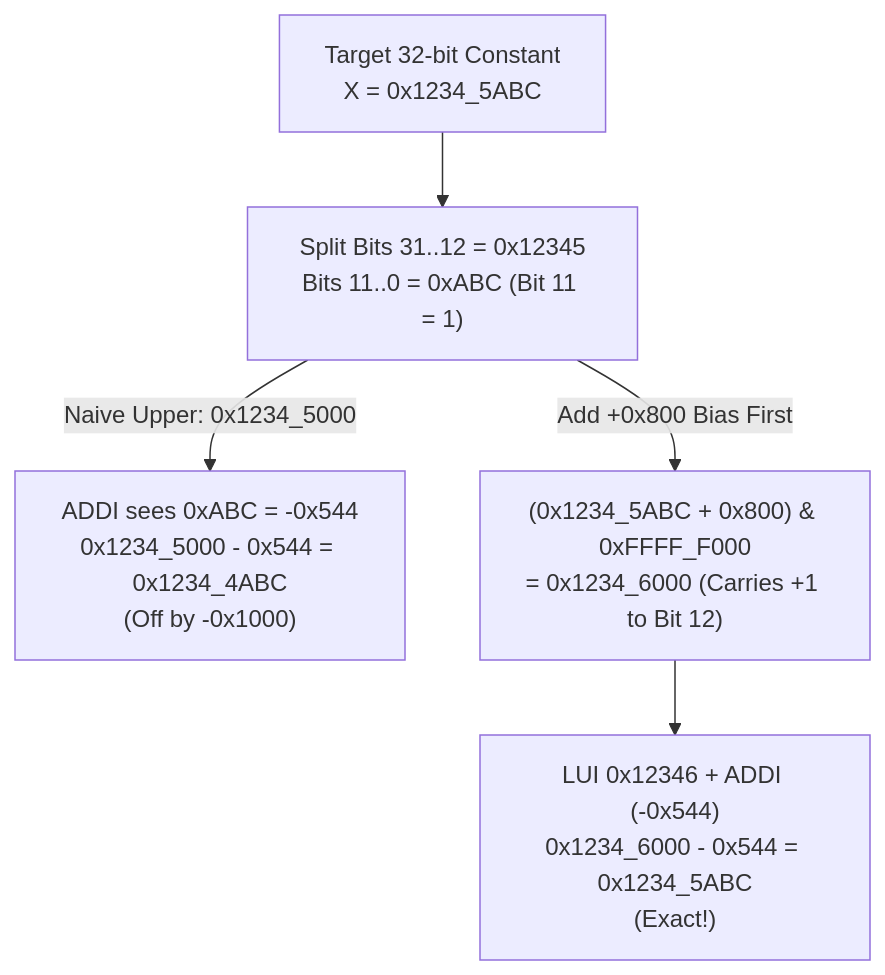
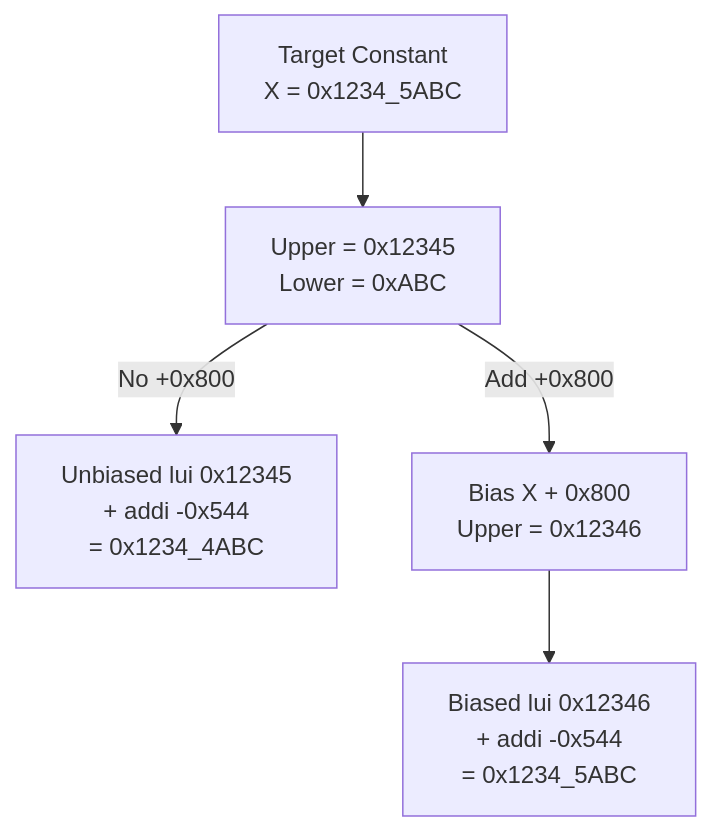
One commit to Ethanex8/apex changed the second of 3 diagrams in systems/brain/chapters/01_isa_and_binary_arithmetic.md. Above: the diagram before and after it, drawn with Mermaid. The commit also changed other lines of this file and 30 other files, not shown here.

````diff
--- a/systems/brain/chapters/01_isa_and_binary_arithmetic.md
+++ b/systems/brain/chapters/01_isa_and_binary_arithmetic.md
@@ -254,12 +325,12 @@
 ```mermaid
 flowchart TD
-    TARGET["Target 32-bit Constant<br/>X = 0x1234_5ABC"]
-    SPLIT["Split Bits 31..12 = 0x12345<br/>Bits 11..0 = 0xABC (Bit 11 = 1)"]
-    NAIVE["ADDI sees 0xABC = -0x544<br/>0x1234_5000 - 0x544 = 0x1234_4ABC<br/>(Off by -0x1000)"]
-    FIX["(0x1234_5ABC + 0x800) & 0xFFFF_F000<br/>= 0x1234_6000 (Carries +1 to Bit 12)"]
-    EXACT["LUI 0x12346 + ADDI (-0x544)<br/>0x1234_6000 - 0x544 = 0x1234_5ABC<br/>(Exact!)"]
+    TARGET["Target Constant<br/>X = 0x1234_5ABC"]
+    SPLIT["Upper = 0x12345<br/>Lower = 0xABC"]
+    NAIVE["Unbiased lui 0x12345<br/>+ addi -0x544<br/>= 0x1234_4ABC"]
+    FIX["Bias X + 0x800<br/>Upper = 0x12346"]
+    EXACT["Biased lui 0x12346<br/>+ addi -0x544<br/>= 0x1234_5ABC"]
     TARGET --> SPLIT
-    SPLIT -->|"Naive Upper: 0x1234_5000"| NAIVE
-    SPLIT -->|"Add +0x800 Bias First"| FIX
+    SPLIT -->|"No +0x800"| NAIVE
+    SPLIT -->|"Add +0x800"| FIX
     FIX --> EXACT
 ```
````
